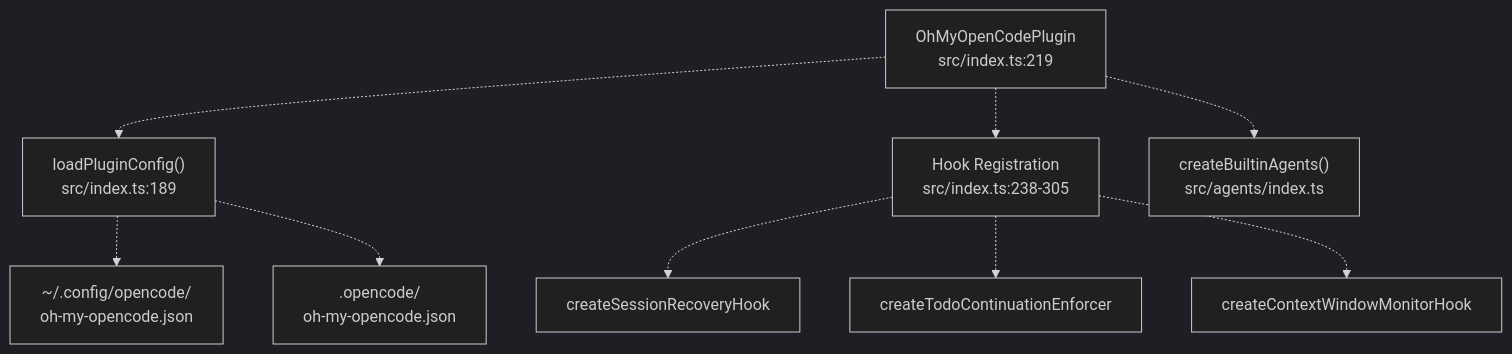
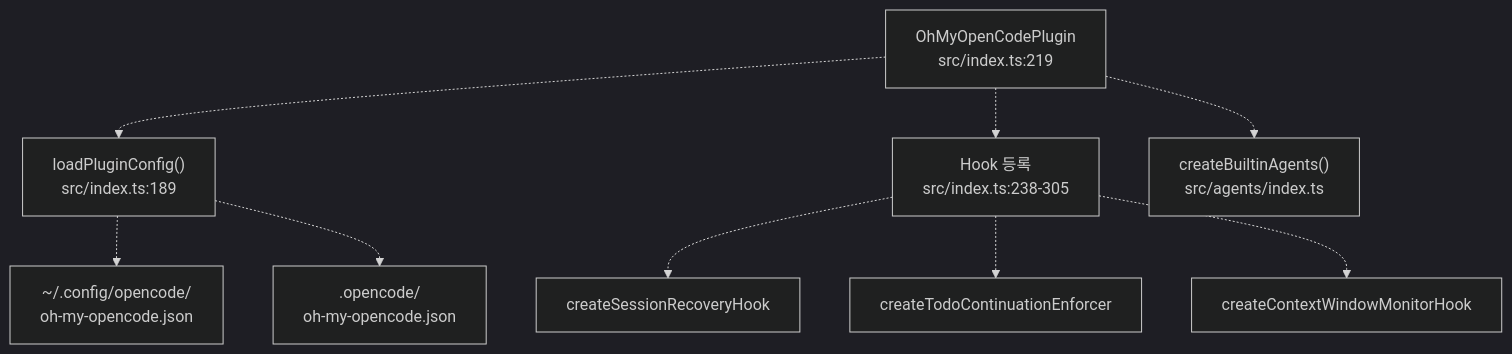
The second of 14 diagrams in docs/index.md (felipetruman/oh-my-opencode-docs), drawn with Mermaid (dark theme) before and after one commit. The commit also changed other lines of this file and 76 other files, not shown here.

````diff
--- a/docs/index.md
+++ b/docs/index.md
@@ -152,22 +145,22 @@
 ```mermaid
 flowchart TD
 
 Entry["OhMyOpenCodePlugin<br>src/index.ts:219"]
 ConfigSystem["loadPluginConfig()<br>src/index.ts:189"]
-HookRegistry["Hook Registration<br>src/index.ts:238-305"]
+HookRegistry["Hook 등록<br>src/index.ts:238-305"]
 AgentFactory["createBuiltinAgents()<br>src/agents/index.ts"]
 UserConfig["~/.config/opencode/<br>oh-my-opencode.json"]
 ProjectConfig[".opencode/<br>oh-my-opencode.json"]
 SessionRecovery["createSessionRecoveryHook"]
 TodoEnforcer["createTodoContinuationEnforcer"]
 ContextMonitor["createContextWindowMonitorHook"]
 
 Entry -.-> ConfigSystem
 Entry -.-> HookRegistry
 Entry -.-> AgentFactory
 ConfigSystem -.-> UserConfig
 ConfigSystem -.-> ProjectConfig
 HookRegistry -.-> SessionRecovery
 HookRegistry -.-> TodoEnforcer
 HookRegistry -.-> ContextMonitor
 ```
````
